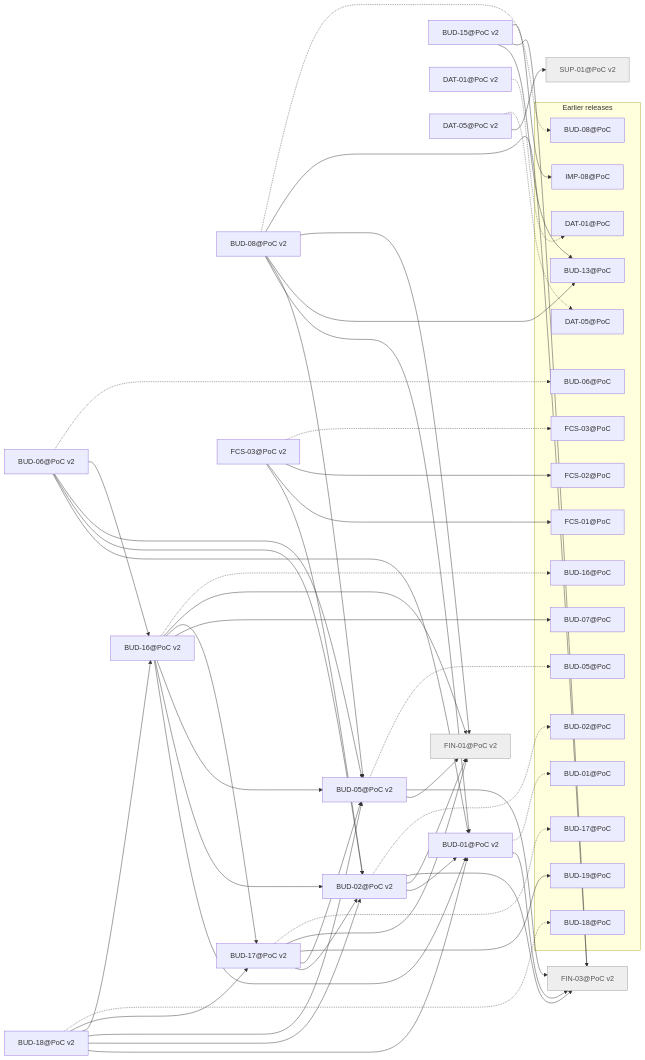
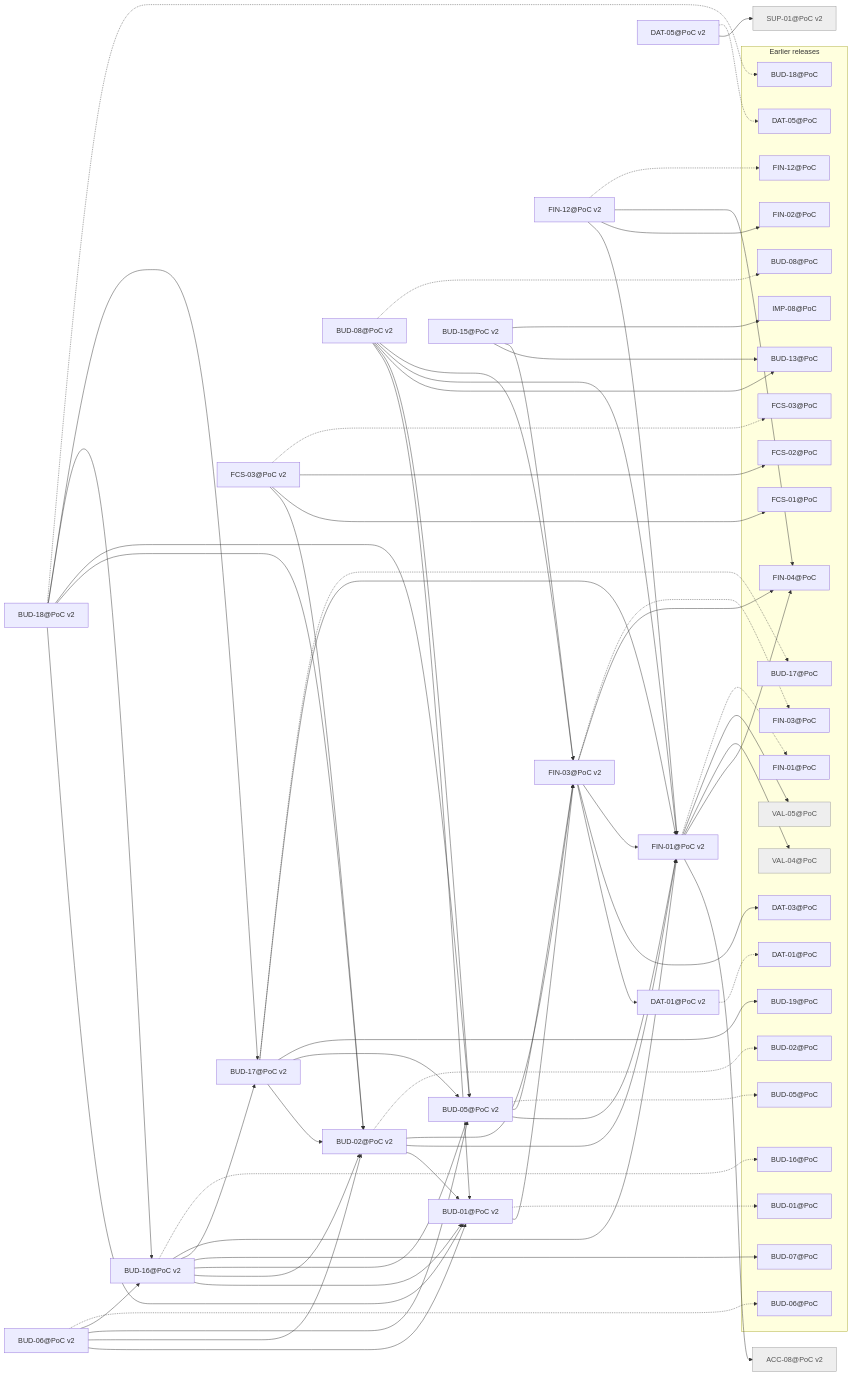
Before and after one commit to minakovval/Willowsum: the diagram in docs/traceability/release-poc-v2.md, drawn with Mermaid. The commit also changed other lines of this file and 86 other files, not shown here.

````diff
--- a/docs/traceability/release-poc-v2.md
+++ b/docs/traceability/release-poc-v2.md
@@ -28,5 +31,6 @@
 ```mermaid
 flowchart LR
+  ACC_08_PoC_v2["ACC-08@PoC v2"]
   BUD_01_PoC_v2["BUD-01@PoC v2"]
   BUD_02_PoC_v2["BUD-02@PoC v2"]
   BUD_05_PoC_v2["BUD-05@PoC v2"]
@@ -41,6 +45,7 @@
   FCS_03_PoC_v2["FCS-03@PoC v2"]
   FIN_01_PoC_v2["FIN-01@PoC v2"]
   FIN_03_PoC_v2["FIN-03@PoC v2"]
+  FIN_12_PoC_v2["FIN-12@PoC v2"]
   SUP_01_PoC_v2["SUP-01@PoC v2"]
   subgraph earlier["Earlier releases"]
     BUD_01_PoC["BUD-01@PoC"]
@@ -55,11 +60,19 @@
     BUD_18_PoC["BUD-18@PoC"]
     BUD_19_PoC["BUD-19@PoC"]
     DAT_01_PoC["DAT-01@PoC"]
+    DAT_03_PoC["DAT-03@PoC"]
     DAT_05_PoC["DAT-05@PoC"]
     FCS_01_PoC["FCS-01@PoC"]
     FCS_02_PoC["FCS-02@PoC"]
     FCS_03_PoC["FCS-03@PoC"]
+    FIN_01_PoC["FIN-01@PoC"]
+    FIN_02_PoC["FIN-02@PoC"]
+    FIN_03_PoC["FIN-03@PoC"]
+    FIN_04_PoC["FIN-04@PoC"]
+    FIN_12_PoC["FIN-12@PoC"]
     IMP_08_PoC["IMP-08@PoC"]
+    VAL_04_PoC["VAL-04@PoC"]
+    VAL_05_PoC["VAL-05@PoC"]
   end
   BUD_01_PoC_v2 --> FIN_03_PoC_v2
   BUD_01_PoC_v2 -.-> BUD_01_PoC
@@ -109,6 +122,20 @@
   FCS_03_PoC_v2 --> FCS_01_PoC
   FCS_03_PoC_v2 --> FCS_02_PoC
   FCS_03_PoC_v2 -.-> FCS_03_PoC
+  FIN_01_PoC_v2 --> ACC_08_PoC_v2
+  FIN_01_PoC_v2 --> FIN_04_PoC
+  FIN_01_PoC_v2 --> VAL_04_PoC
+  FIN_01_PoC_v2 --> VAL_05_PoC
+  FIN_01_PoC_v2 -.-> FIN_01_PoC
+  FIN_03_PoC_v2 --> DAT_01_PoC_v2
+  FIN_03_PoC_v2 --> DAT_03_PoC
+  FIN_03_PoC_v2 --> FIN_01_PoC_v2
+  FIN_03_PoC_v2 --> FIN_04_PoC
+  FIN_03_PoC_v2 -.-> FIN_03_PoC
+  FIN_12_PoC_v2 --> FIN_01_PoC_v2
+  FIN_12_PoC_v2 --> FIN_02_PoC
+  FIN_12_PoC_v2 --> FIN_04_PoC
+  FIN_12_PoC_v2 -.-> FIN_12_PoC
   classDef notMigrated fill:#eee,stroke:#999,color:#555
-  class FIN_01_PoC_v2,FIN_03_PoC_v2,SUP_01_PoC_v2 notMigrated
+  class ACC_08_PoC_v2,SUP_01_PoC_v2,VAL_04_PoC,VAL_05_PoC notMigrated
 ```
````
